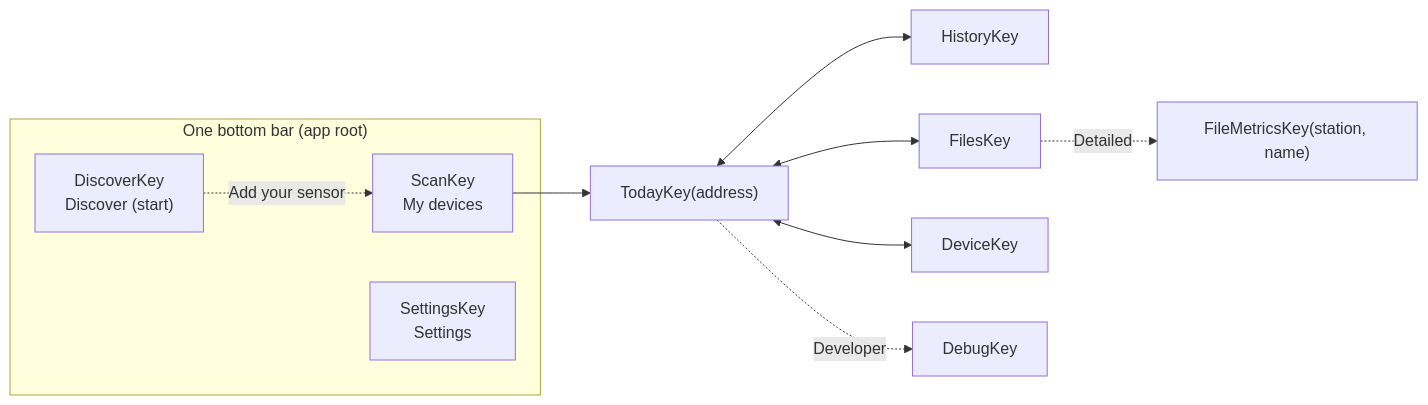
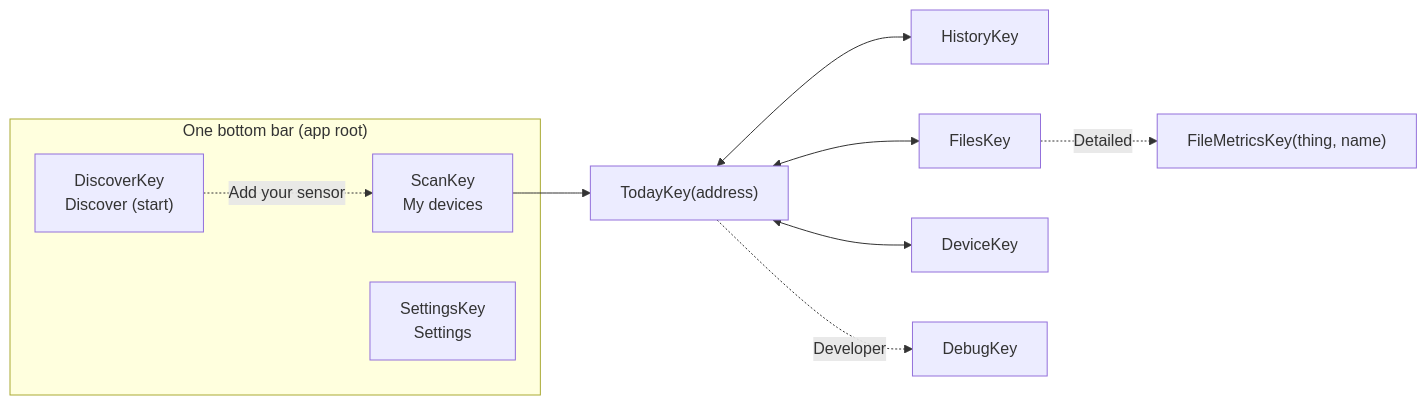
One commit to walkthru-earth/opensensor-space-mobile changed the diagram in docs/screens.md. Above: the diagram before and after it, drawn with Mermaid. The commit also changed other lines of this file and 348 other files, not shown here.

First line of the commit message:
Name the sensor model Thing and reset Room to version 1 (#211)

````diff
--- a/docs/screens.md
+++ b/docs/screens.md
@@ -9,15 +9,15 @@
 ```mermaid
 flowchart LR
   subgraph Bar["One bottom bar (app root)"]
     Discover["DiscoverKey<br/>Discover (start)"]
     Scan["ScanKey<br/>My devices"]
     Settings["SettingsKey<br/>Settings"]
   end
   Scan --> Today["TodayKey(address)"]
   Today <--> History["HistoryKey"]
   Today <--> Files["FilesKey"]
   Today <--> Device["DeviceKey"]
   Today -. Developer .-> Debug["DebugKey"]
-  Files -. Detailed .-> Metrics["FileMetricsKey(station, name)"]
+  Files -. Detailed .-> Metrics["FileMetricsKey(thing, name)"]
   Discover -. Add your sensor .-> Scan
 ```
````
